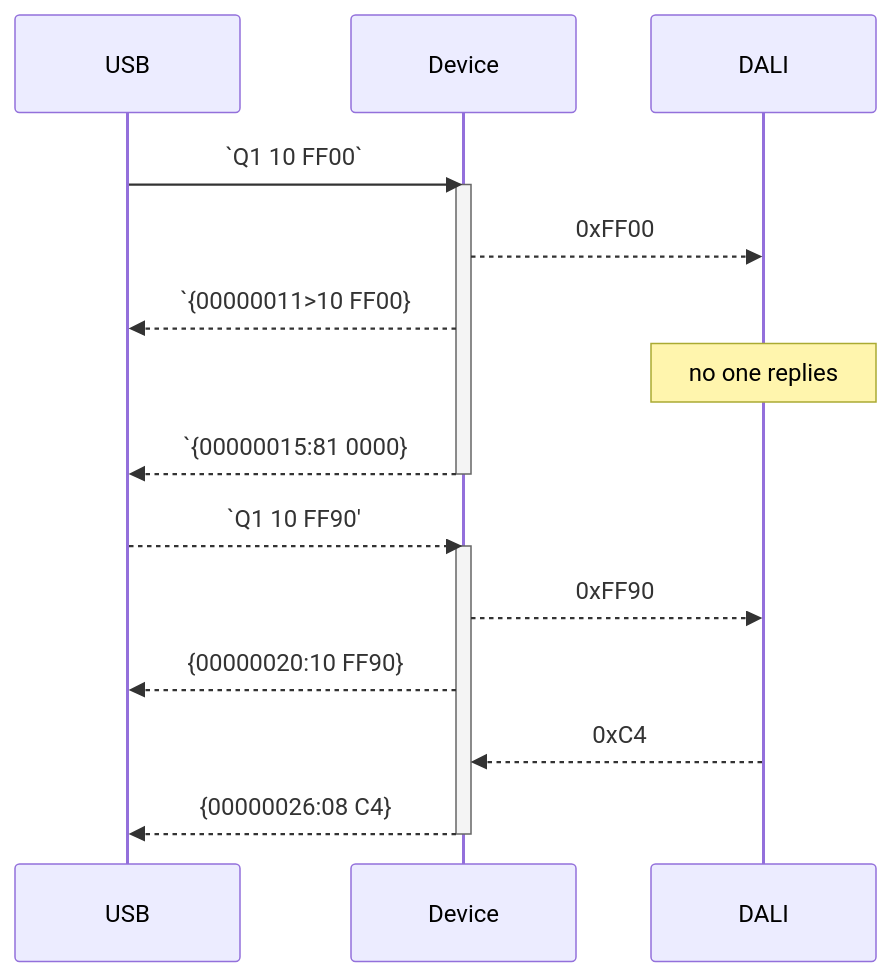
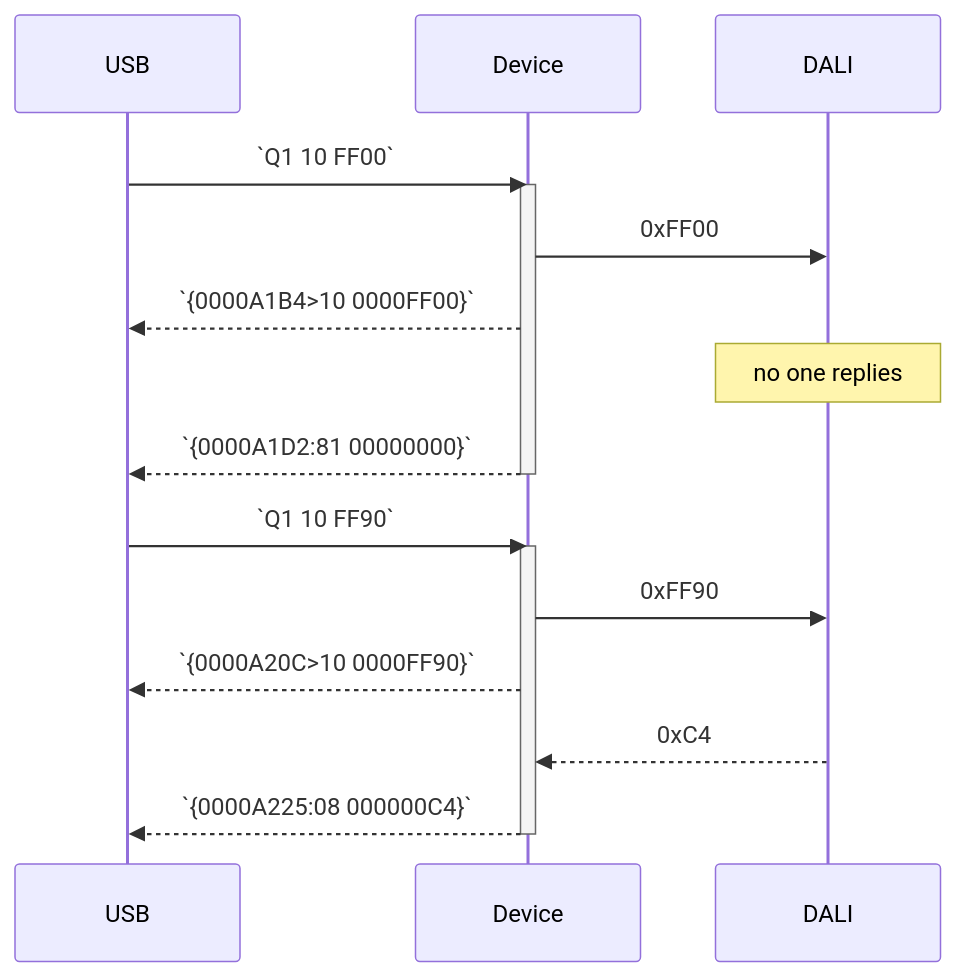
Before and after one commit to SvenHaedrich/dali_usb_lpc1114: the second of 2 diagrams in doc/messages.md, drawn with Mermaid. The commit also changed other lines of this file and 1 other file, not shown here.

````diff
--- a/doc/messages.md
+++ b/doc/messages.md
@@ -58,20 +64,20 @@
 ```mermaid
 sequenceDiagram
     participant USB
     participant Device
     participant DALI
     USB ->> Device: `Q1 10 FF00`
     activate Device
-    Device -->> DALI: 0xFF00
-    Device -->> USB: `{00000011>10 FF00}
+    Device ->> DALI: 0xFF00
+    Device -->> USB: `{0000A1B4>10 0000FF00}`
     Note over DALI: no one replies
-    Device -->> USB: `{00000015:81 0000}
+    Device -->> USB: `{0000A1D2:81 00000000}`
     deactivate Device
-    USB -->> Device: `Q1 10 FF90'
+    USB ->> Device: `Q1 10 FF90`
     activate Device
-    Device -->> DALI: 0xFF90
-    Device -->> USB: {00000020:10 FF90}
+    Device ->> DALI: 0xFF90
+    Device -->> USB: `{0000A20C>10 0000FF90}`
     DALI -->> Device: 0xC4
-    Device -->> USB: {00000026:08 C4}
+    Device -->> USB: `{0000A225:08 000000C4}`
     deactivate Device
 ```
````
